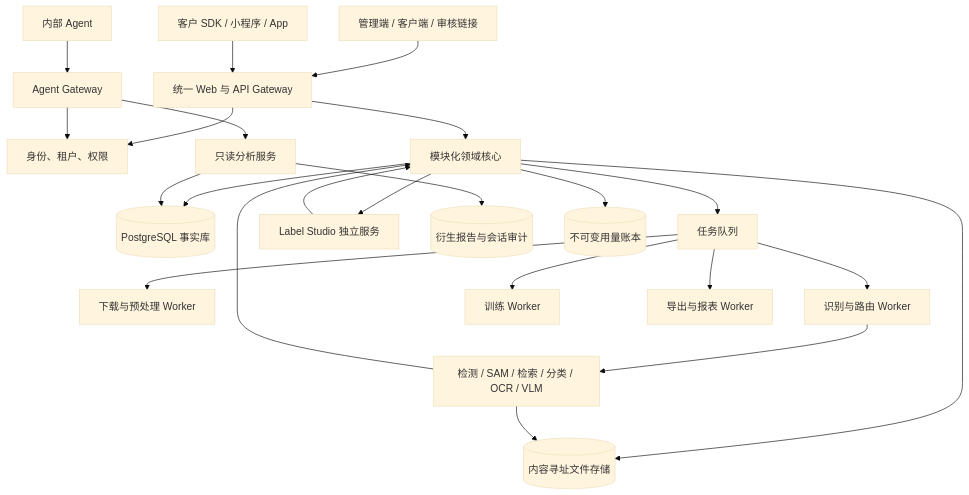
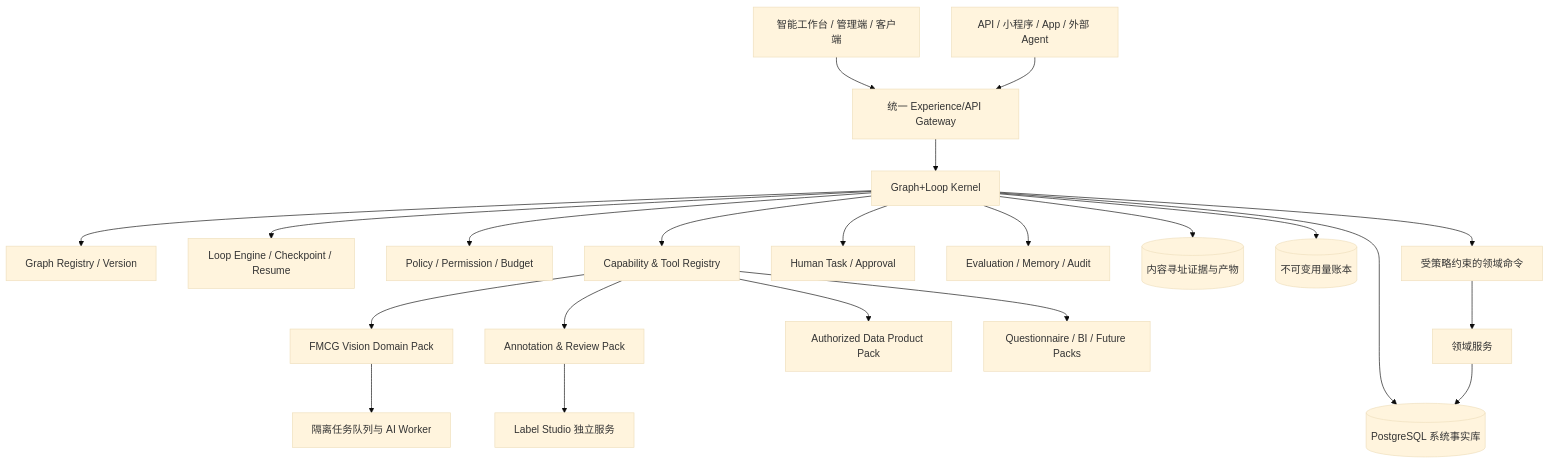
The diagram in docs/superpowers/specs/2026-08-04-fmcg-vision-saas-platform-design.md (Billjobszwq/QY_FMCG_image), drawn with Mermaid (base theme) before and after one commit. The commit also changed other lines of this file, not shown here.

Commit message:
docs: center platform architecture on graph loop

```diff
--- a/docs/superpowers/specs/2026-08-04-fmcg-vision-saas-platform-design.md
+++ b/docs/superpowers/specs/2026-08-04-fmcg-vision-saas-platform-design.md
@@ -88,25 +113,24 @@
 ~~~mermaid
 flowchart TB
-    U[管理端 / 客户端 / 审核链接] --> G[统一 Web 与 API Gateway]
-    A[内部 Agent] --> AG[Agent Gateway]
-    SDK[客户 SDK / 小程序 / App] --> G
-    G --> IAM[身份、租户、权限]
-    G --> CORE[模块化领域核心]
-    AG --> IAM
-    AG --> READ[只读分析服务]
-    CORE --> PG[(PostgreSQL 事实库)]
-    CORE --> Q[任务队列]
-    CORE --> CAS[(内容寻址文件存储)]
-    CORE --> LS[Label Studio 独立服务]
-    Q --> DL[下载与预处理 Worker]
-    Q --> INF[识别与路由 Worker]
-    Q --> TRAIN[训练 Worker]
-    Q --> EXPORT[导出与报表 Worker]
-    INF --> MODELS[检测 / SAM / 检索 / 分类 / OCR / VLM]
-    MODELS --> CAS
-    MODELS --> CORE
-    LS --> CORE
-    READ --> PG
-    READ --> DERIVED[(衍生报告与会话审计)]
-    CORE --> LEDGER[(不可变用量账本)]
+    U[智能工作台 / 管理端 / 客户端] --> G[统一 Experience/API Gateway]
+    SDK[API / 小程序 / App / 外部 Agent] --> G
+    G --> K[Graph+Loop Kernel]
+    K --> GR[Graph Registry / Version]
+    K --> LE[Loop Engine / Checkpoint / Resume]
+    K --> PR[Policy / Permission / Budget]
+    K --> CR[Capability & Tool Registry]
+    K --> HM[Human Task / Approval]
+    K --> EV[Evaluation / Memory / Audit]
+    CR --> VIS[FMCG Vision Domain Pack]
+    CR --> LAB[Annotation & Review Pack]
+    CR --> DATA[Authorized Data Product Pack]
+    CR --> FUT[Questionnaire / BI / Future Packs]
+    VIS --> Q[隔离任务队列与 AI Worker]
+    LAB --> LS[Label Studio 独立服务]
+    K --> PG[(PostgreSQL 系统事实库)]
+    K --> CAS[(内容寻址证据与产物)]
+    K --> LEDGER[(不可变用量账本)]
+    K --> CMD[受策略约束的领域命令]
+    CMD --> DOMAIN[领域服务]
+    DOMAIN --> PG
 ~~~
```
